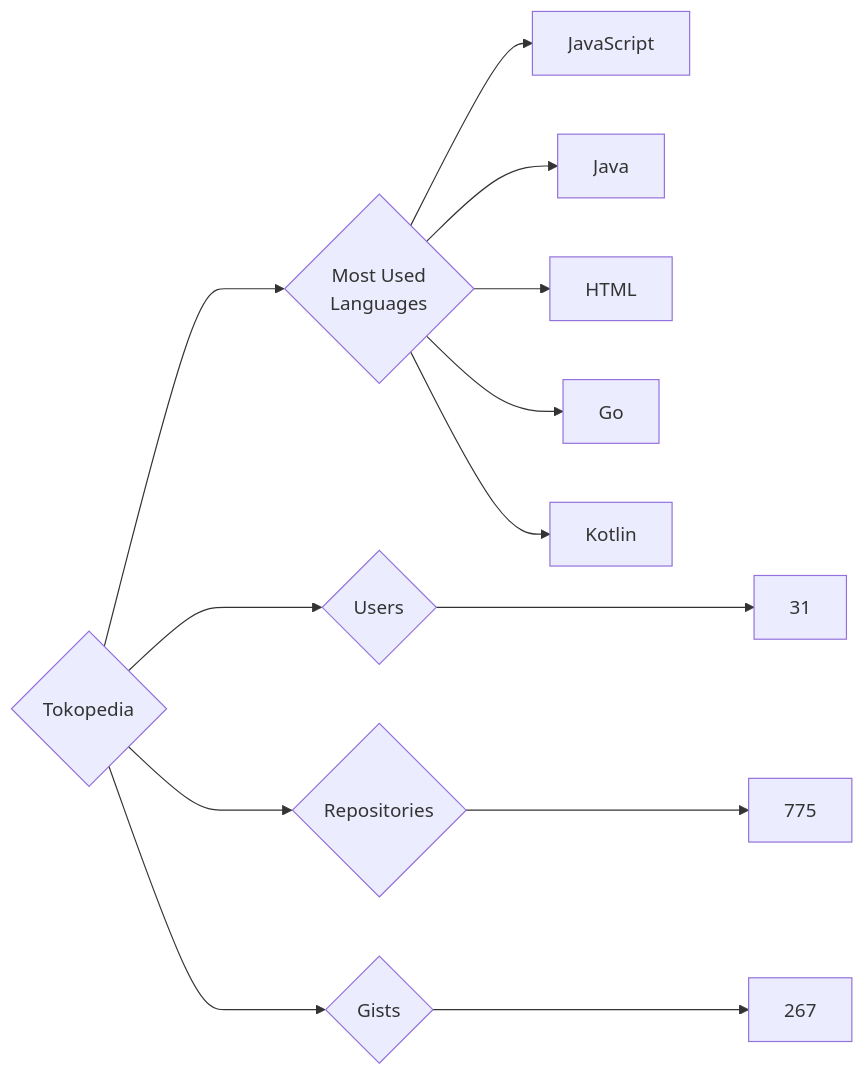
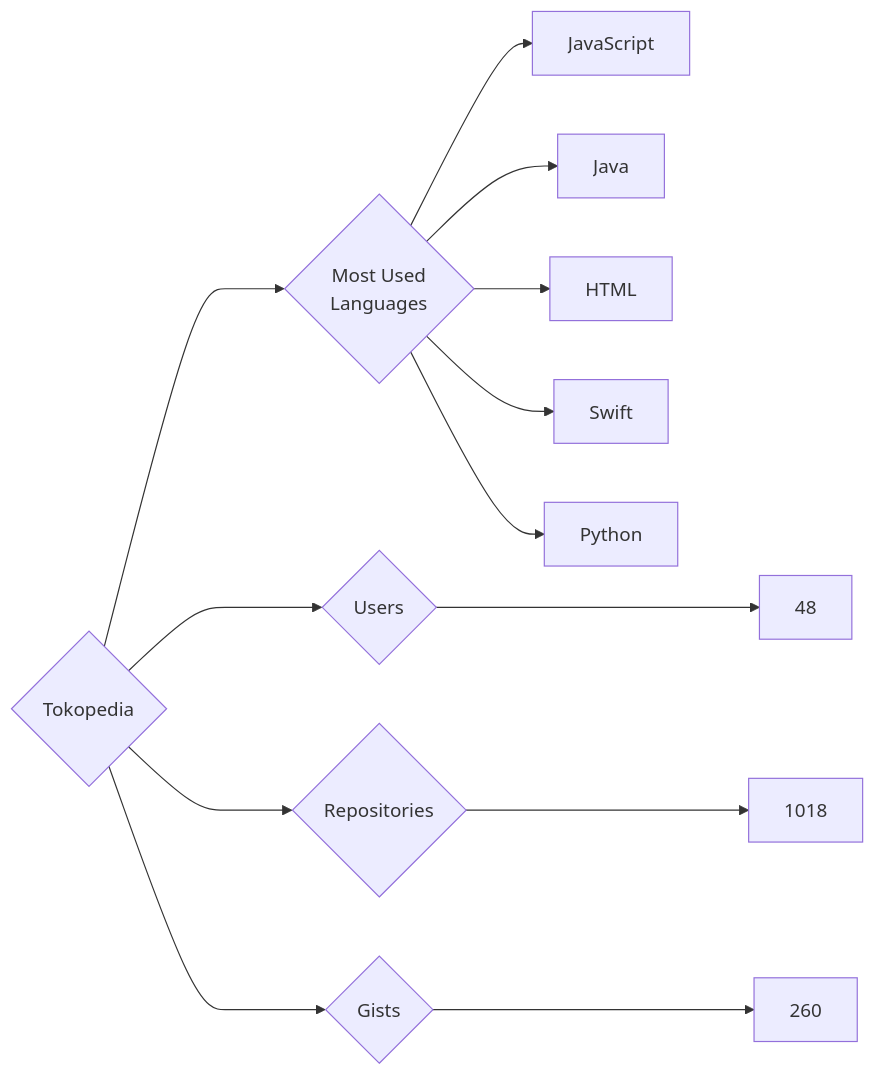
One commit to trickest/insiders changed the diagram in targets/Tokopedia/README.md. Above: the diagram before and after it, drawn with Mermaid. The commit also changed 953 other files, not shown here.

````diff
--- a/targets/Tokopedia/README.md
+++ b/targets/Tokopedia/README.md
@@ -3,13 +3,13 @@
 ```mermaid
 graph LR
 COMPANY_NAME{Tokopedia}
-COMPANY_NAME ---> U{Users} ---> UN[31]
-COMPANY_NAME ---> R{Repositories} ---> RN[775]
-COMPANY_NAME ---> G{Gists} ---> GN[267]
+COMPANY_NAME ---> U{Users} ---> UN[48]
+COMPANY_NAME ---> R{Repositories} ---> RN[1018]
+COMPANY_NAME ---> G{Gists} ---> GN[260]
 COMPANY_NAME ---> ML{Most Used<br>Languages}
 ML --> JavaScript[JavaScript]
 ML --> Java[Java]
 ML --> HTML[HTML]
-ML --> Go[Go]
-ML --> Kotlin[Kotlin]
+ML --> Swift[Swift]
+ML --> Python[Python]
 ```
````
